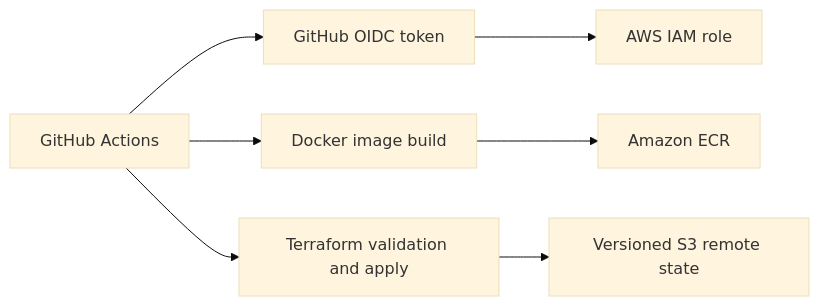
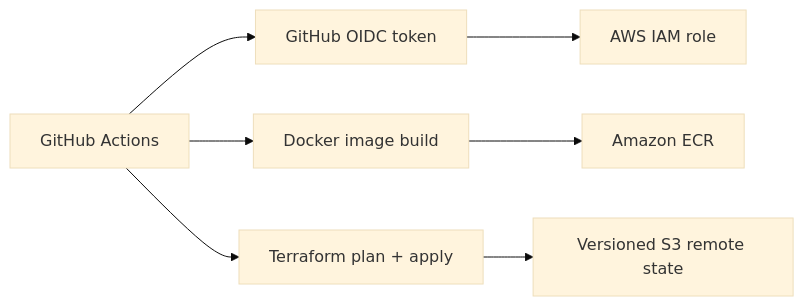
The diagram in case-studies/aws-terraform-infrastructure.md (titoiunit/cloud-engineering-portfolio), drawn with Mermaid (base theme) before and after one commit. The commit also changed other lines of this file and 1 other file, not shown here.

````diff
--- a/case-studies/aws-terraform-infrastructure.md
+++ b/case-studies/aws-terraform-infrastructure.md
@@ -19,9 +22,9 @@
 ```mermaid
 flowchart LR
   G["GitHub Actions"] --> O["GitHub OIDC token"]
   O --> I["AWS IAM role"]
   G --> D["Docker image build"]
   D --> E["Amazon ECR"]
-  G --> T["Terraform validation and apply"]
+  G --> T["Terraform plan + apply"]
   T --> S["Versioned S3 remote state"]
 ```
````
